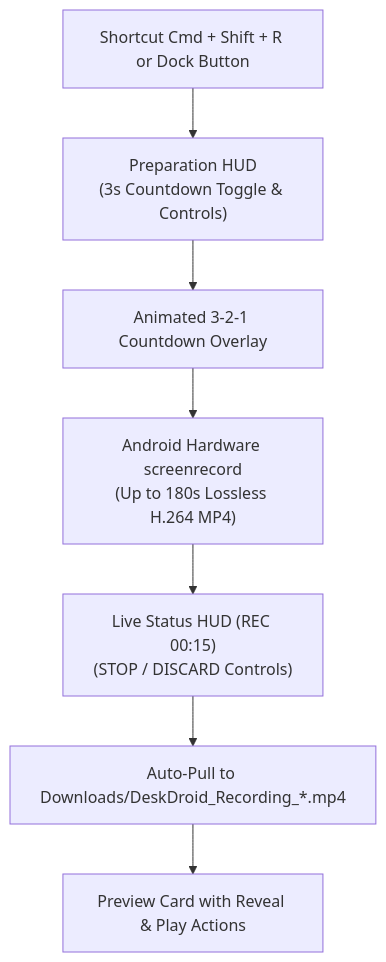
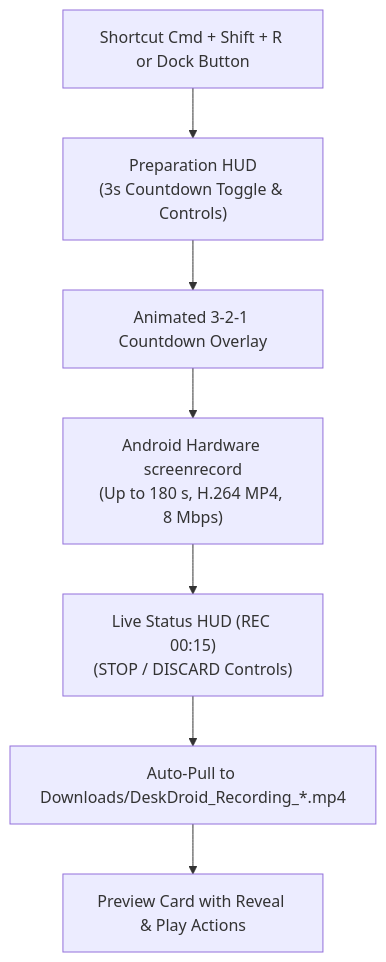
One commit to az-coder-123/azdroid changed the diagram in docs/features/hardware-screen-recording.md. Above: the diagram before and after it, drawn with Mermaid. The commit also changed other lines of this file and 18 other files, not shown here.

````diff
--- a/docs/features/hardware-screen-recording.md
+++ b/docs/features/hardware-screen-recording.md
@@ -19,9 +19,9 @@
 ```mermaid
 flowchart TD
     Trigger["Shortcut Cmd + Shift + R or Dock Button"] --> Prep["Preparation HUD\n(3s Countdown Toggle & Controls)"]
     Prep --> Countdown["Animated 3-2-1 Countdown Overlay"]
-    Countdown --> Record["Android Hardware screenrecord\n(Up to 180s Lossless H.264 MP4)"]
+    Countdown --> Record["Android Hardware screenrecord\n(Up to 180 s, H.264 MP4, 8 Mbps)"]
     Record --> HUD["Live Status HUD (REC 00:15)\n(STOP / DISCARD Controls)"]
     HUD --> Pull["Auto-Pull to Downloads/DeskDroid_Recording_*.mp4"]
     Pull --> Complete["Preview Card with Reveal & Play Actions"]
 ```
````
